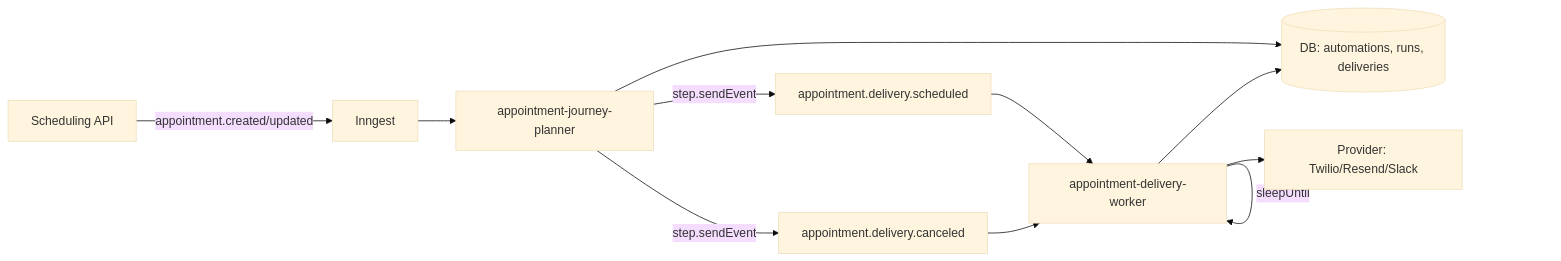
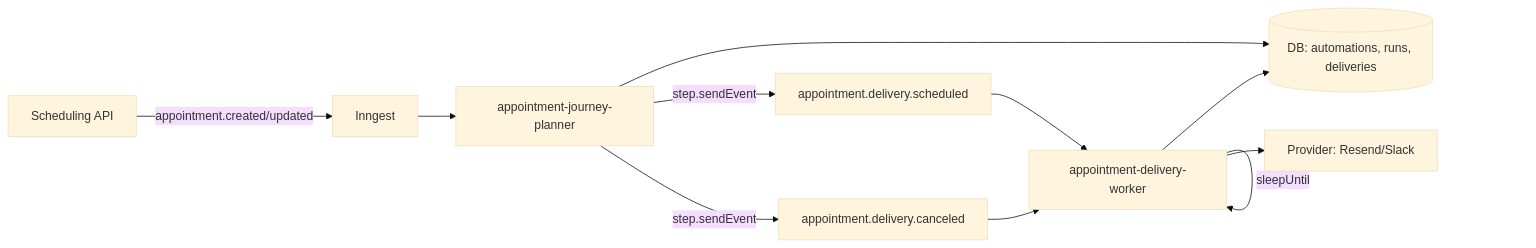
Before and after one commit to alandotcom/scheduling-app: the first of 3 diagrams in PLAN.md, drawn with Mermaid (base theme). The commit also changed other lines of this file and 22 other files, not shown here.

````diff
--- a/PLAN.md
+++ b/PLAN.md
@@ -488,16 +474,16 @@
 ```mermaid
 flowchart LR
   A[Scheduling API] -->|appointment.created/updated| B[Inngest]
   B --> C[appointment-journey-planner]
 
   C --> D[(DB: automations, runs, deliveries)]
   C -->|step.sendEvent| E[appointment.delivery.scheduled]
   C -->|step.sendEvent| F[appointment.delivery.canceled]
 
   E --> G[appointment-delivery-worker]
   F --> G
 
   G -->|sleepUntil| G
-  G --> H[Provider: Twilio/Resend/Slack]
+  G --> H[Provider: Resend/Slack]
   G --> D
 ```
````
